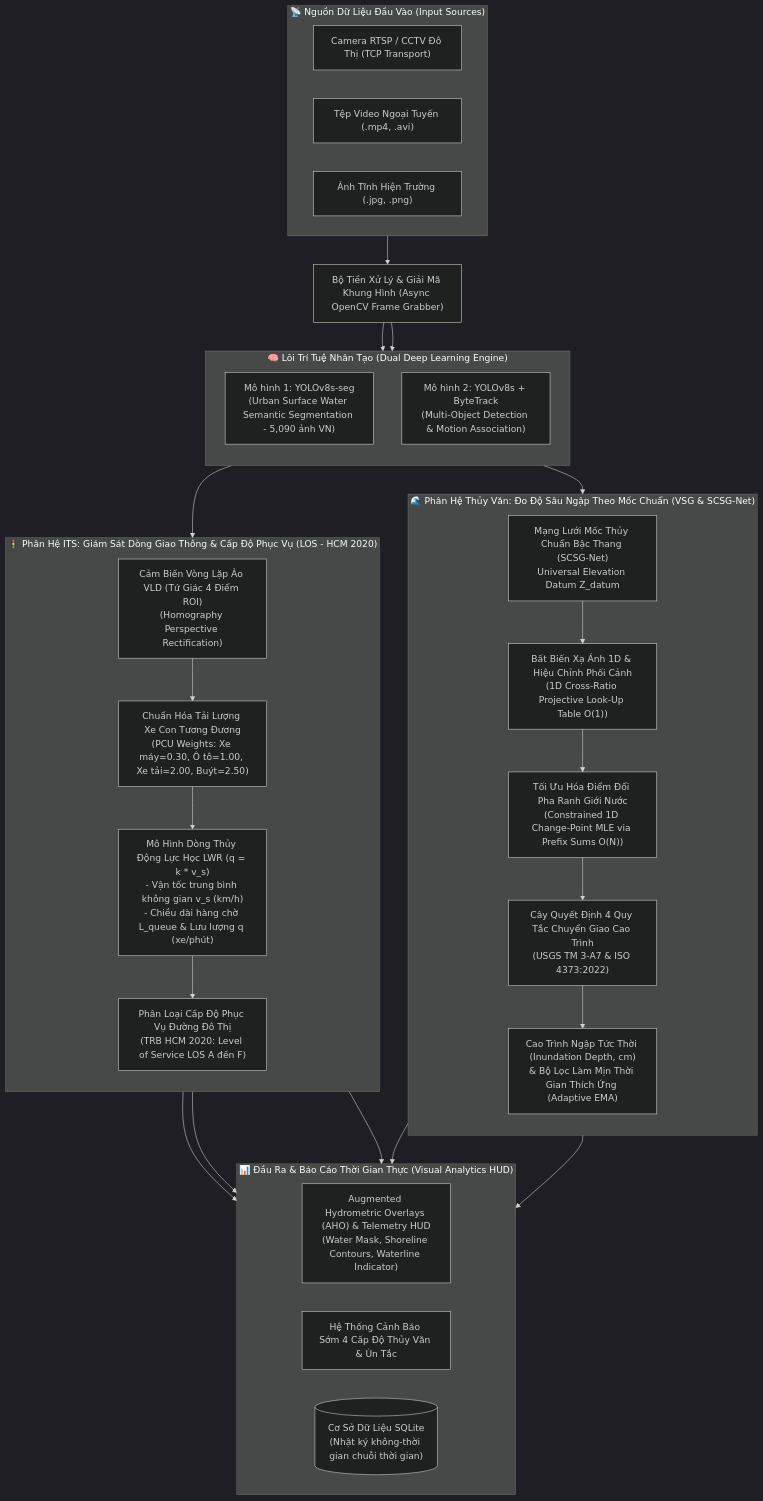
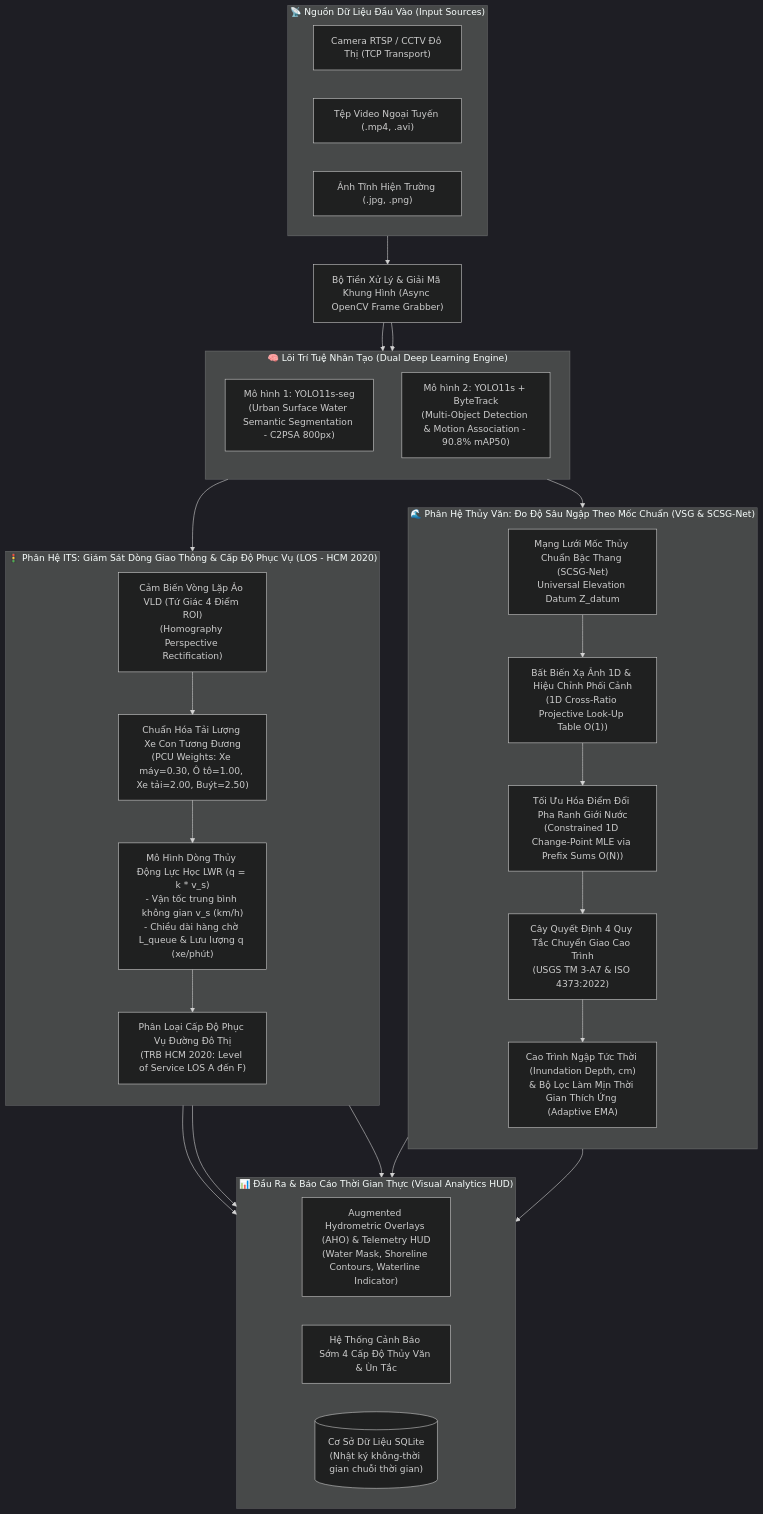
The diagram in README.md (NguyenThanhThiet87/-AI-Urban-Flood-Traffic), drawn with Mermaid (dark theme) before and after one commit. The commit also changed other lines of this file and 2 other files, not shown here.

Commit message:
docs: update system documentation and architecture to YOLO11s across all modules

````diff
--- a/README.md
+++ b/README.md
@@ -42,67 +42,67 @@
 ```mermaid
 flowchart TD
     %% Input Sources
     subgraph INPUT["📡 Nguồn Dữ Liệu Đầu Vào (Input Sources)"]
         direction LR
         IN_RTSP["Camera RTSP / CCTV Đô Thị (TCP Transport)"]
         IN_VID["Tệp Video Ngoại Tuyến (.mp4, .avi)"]
         IN_IMG["Ảnh Tĩnh Hiện Trường (.jpg, .png)"]
     end
 
     INPUT --> PREPROC["Bộ Tiền Xử Lý & Giải Mã Khung Hình (Async OpenCV Frame Grabber)"]
 
     %% AI Core
     subgraph AI_CORE["🧠 Lõi Trí Tuệ Nhân Tạo (Dual Deep Learning Engine)"]
         direction TB
-        YOLO_SEG["Mô hình 1: YOLOv8s-seg<br/>(Urban Surface Water Semantic Segmentation - 5,090 ảnh VN)"]
-        YOLO_DET["Mô hình 2: YOLOv8s + ByteTrack<br/>(Multi-Object Detection & Motion Association)"]
+        YOLO_SEG["Mô hình 1: YOLO11s-seg<br/>(Urban Surface Water Semantic Segmentation - C2PSA 800px)"]
+        YOLO_DET["Mô hình 2: YOLO11s + ByteTrack<br/>(Multi-Object Detection & Motion Association - 90.8% mAP50)"]
     end
 
     PREPROC --> YOLO_SEG
     PREPROC --> YOLO_DET
 
     %% Phân hệ 1: Đo độ sâu nước ngập
     subgraph SUB1["🌊 Phân Hệ Thủy Văn: Đo Độ Sâu Ngập Theo Mốc Chuẩn (VSG & SCSG-Net)"]
         direction TB
         GAUGE["Mạng Lưới Mốc Thủy Chuẩn Bậc Thang (SCSG-Net)<br/>Universal Elevation Datum Z_datum"]
         PROJ_LUT["Bất Biến Xạ Ảnh 1D & Hiệu Chỉnh Phối Cảnh<br/>(1D Cross-Ratio Projective Look-Up Table O(1))"]
         CHANGE_POINT["Tối Ưu Hóa Điểm Đổi Pha Ranh Giới Nước<br/>(Constrained 1D Change-Point MLE via Prefix Sums O(N))"]
         CASCADING["Cây Quyết Định 4 Quy Tắc Chuyển Giao Cao Trình<br/>(USGS TM 3-A7 & ISO 4373:2022)"]
         FLOOD_DEPTH["Cao Trình Ngập Tức Thời (Inundation Depth, cm)<br/>& Bộ Lọc Làm Mịn Thời Gian Thích Ứng (Adaptive EMA)"]
 
         GAUGE --> PROJ_LUT
         PROJ_LUT --> CHANGE_POINT
         CHANGE_POINT --> CASCADING
         CASCADING --> FLOOD_DEPTH
     end
 
     %% Phân hệ 2: Đo độ ùn tắc giao thông
     subgraph SUB2["🚦 Phân Hệ ITS: Giám Sát Dòng Giao Thông & Cấp Độ Phục Vụ (LOS - HCM 2020)"]
         direction TB
         ROI["Cảm Biến Vòng Lặp Ảo VLD (Tứ Giác 4 Điểm ROI)<br/>(Homography Perspective Rectification)"]
         PCU["Chuẩn Hóa Tải Lượng Xe Con Tương Đương<br/>(PCU Weights: Xe máy=0.30, Ô tô=1.00, Xe tải=2.00, Buýt=2.50)"]
         METRICS["Mô Hình Dòng Thủy Động Lực Học LWR (q = k * v_s)<br/>- Vận tốc trung bình không gian v_s (km/h)<br/>- Chiều dài hàng chờ L_queue & Lưu lượng q (xe/phút)"]
         STATE["Phân Loại Cấp Độ Phục Vụ Đường Đô Thị<br/>(TRB HCM 2020: Level of Service LOS A đến F)"]
 
         ROI --> PCU
         PCU --> METRICS
         METRICS --> STATE
     end
 
     YOLO_SEG --> CHANGE_POINT
     YOLO_DET --> ROI
 
     %% Outputs
     subgraph OUTPUT["📊 Đầu Ra & Báo Cáo Thời Gian Thực (Visual Analytics HUD)"]
         direction LR
         HUD["Augmented Hydrometric Overlays (AHO) & Telemetry HUD<br/>(Water Mask, Shoreline Contours, Waterline Indicator)"]
         ALARM["Hệ Thống Cảnh Báo Sớm 4 Cấp Độ Thủy Văn & Ùn Tắc"]
         DB[("Cơ Sở Dữ Liệu SQLite<br/>(Nhật ký không-thời gian chuỗi thời gian)")]
     end
 
     FLOOD_DEPTH --> HUD
     FLOOD_DEPTH --> ALARM
     STATE --> HUD
     STATE --> ALARM
     STATE --> DB
 ```
````
